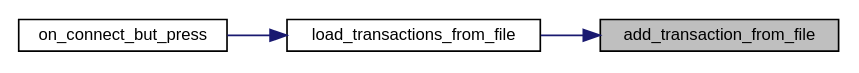
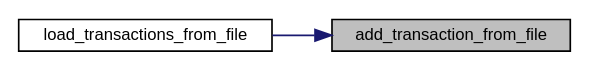
Before and after one commit to nathan-rabet/PEPITAS-Cryptocurrency: the diagram in docs/documentation/ui_8h_addfd36df97e95e6d913426e07a659057_icgraph.dot, drawn with Graphviz. The commit also changed 1202 other files, not shown here.

```diff
--- a/docs/documentation/ui_8h_addfd36df97e95e6d913426e07a659057_icgraph.dot
+++ b/docs/documentation/ui_8h_addfd36df97e95e6d913426e07a659057_icgraph.dot
@@ -1,12 +1,10 @@
 digraph "add_transaction_from_file"
 {
  // LATEX_PDF_SIZE
   edge [fontname="Helvetica",fontsize="10",labelfontname="Helvetica",labelfontsize="10"];
   node [fontname="Helvetica",fontsize="10",shape=record];
   rankdir="RL";
   Node1 [label="add_transaction_from_file",height=0.2,width=0.4,color="black", fillcolor="grey75", style="filled", fontcolor="black",tooltip=" "];
   Node1 -> Node2 [dir="back",color="midnightblue",fontsize="10",style="solid",fontname="Helvetica"];
   Node2 [label="load_transactions_from_file",height=0.2,width=0.4,color="black", fillcolor="white", style="filled",URL="$ui_8c.html#a8909bf913522e177fc1629b07c32420c",tooltip=" "];
-  Node2 -> Node3 [dir="back",color="midnightblue",fontsize="10",style="solid",fontname="Helvetica"];
-  Node3 [label="on_connect_but_press",height=0.2,width=0.4,color="black", fillcolor="white", style="filled",URL="$ui_8c.html#aa118feebec7cfa09ac8e958107872c47",tooltip=" "];
 }
```
